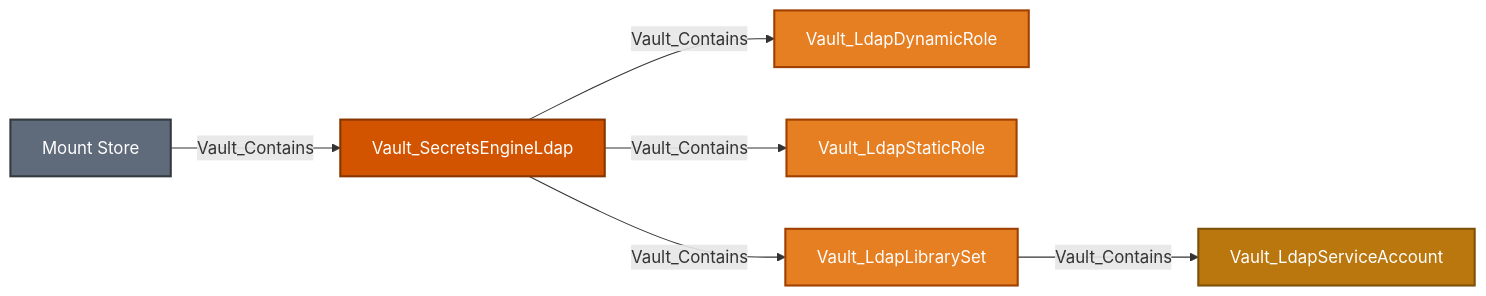
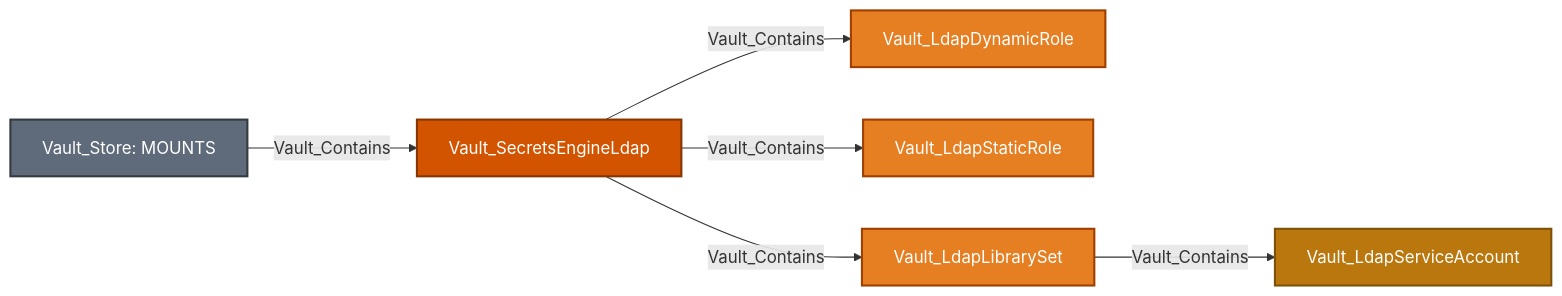
One commit to bytewreck/opengraph-vault changed diagram 18 of 29 in Documentation/stores/MOUNTS.md. Above: the diagram before and after it, drawn with Mermaid. The commit also changed other lines of this file and 13 other files, not shown here.

````diff
--- a/Documentation/stores/MOUNTS.md
+++ b/Documentation/stores/MOUNTS.md
@@ -918,13 +964,13 @@
 ```mermaid
 flowchart LR
-    store[Mount Store]:::storeNode -->|Vault_Contains| mount[Vault_SecretsEngineLdap]:::mountNode
+    store[Vault_Store: MOUNTS]:::storeNode -->|Vault_Contains| mount[Vault_SecretsEngineLdap]:::mountNode
     mount -->|Vault_Contains| dynamic[Vault_LdapDynamicRole]:::secretObjectNode
     mount -->|Vault_Contains| static[Vault_LdapStaticRole]:::secretObjectNode
     mount -->|Vault_Contains| library[Vault_LdapLibrarySet]:::secretObjectNode
     library -->|Vault_Contains| account[Vault_LdapServiceAccount]:::credentialNode
 
     classDef storeNode fill:#5F6B7A,color:#fff,stroke:#343A40,stroke-width:2px
     classDef mountNode fill:#D35400,color:#fff,stroke:#873600,stroke-width:2px
     classDef secretObjectNode fill:#E67E22,color:#fff,stroke:#A04000,stroke-width:2px
     classDef credentialNode fill:#B9770E,color:#fff,stroke:#7E5109,stroke-width:2px
 ```
````
